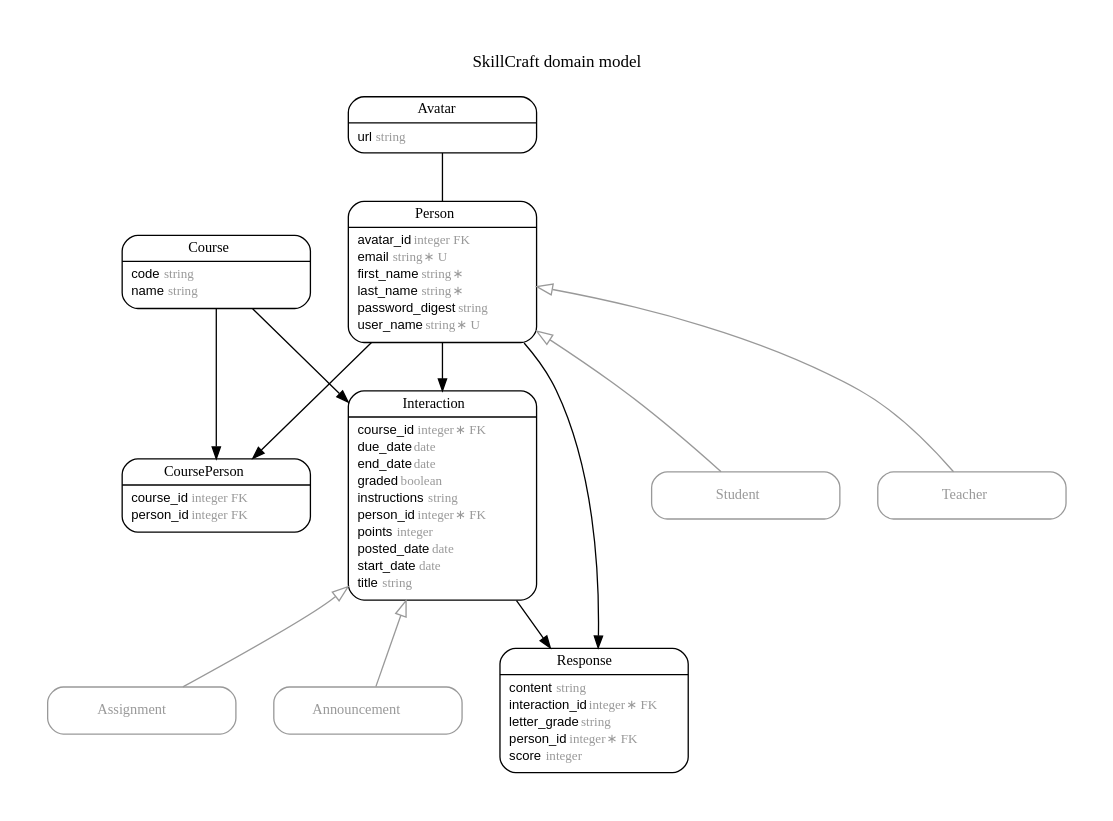
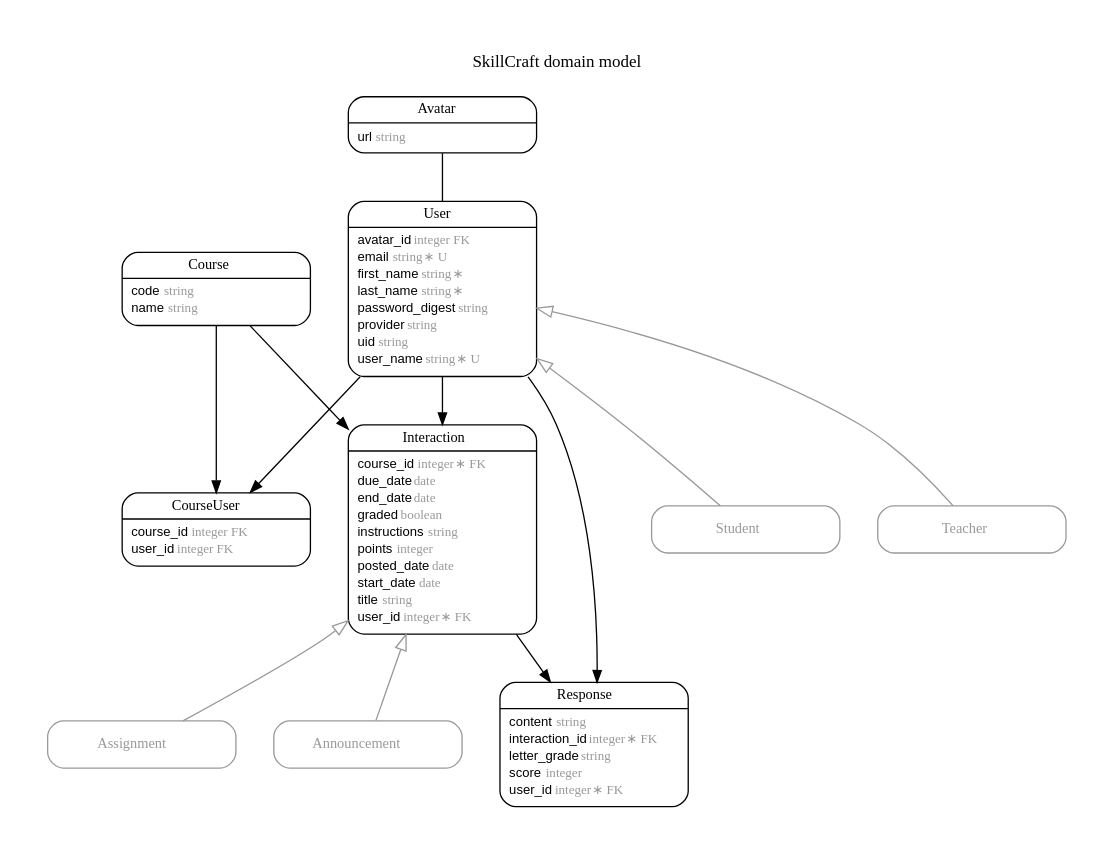
Before and after one commit to FergusDevelopmentLLC/skillcraft: the diagram in erd.dot, drawn with Graphviz. The commit also changed 66 other files, not shown here.

Commit message:
replace person with user

```diff
--- a/erd.dot
+++ b/erd.dot
@@ -1,111 +1,113 @@
 digraph SkillCraft {
 rankdir = "LR";
 ranksep = "0.5";
 nodesep = "0.4";
 pad = "0.4,0.4";
 margin = "0,0";
 concentrate = "true";
 labelloc = "t";
 fontsize = "13";
 fontname = "Arial Bold";
 splines = "spline";
 node[ shape  =  "Mrecord" , fontsize  =  "10" , fontname  =  "Arial" , margin  =  "0.07,0.05" , penwidth  =  "1.0"];
 edge[ fontname  =  "Arial" , fontsize  =  "7" , dir  =  "both" , arrowsize  =  "0.9" , penwidth  =  "1.0" , labelangle  =  "32" , labeldistance  =  "1.8"];
 rankdir = "TB";
 label = "SkillCraft domain model\n\n";
 m_Announcement [color = "grey60", fontcolor = "grey60", label = <{<table border="0" align="center" cellspacing="0.5" cellpadding="0" width="134">
   <tr><td align="center" valign="bottom" width="130"><font face="Arial Bold" point-size="11">Announcement</font></td></tr>
 </table>
 }>];
 m_Assignment [color = "grey60", fontcolor = "grey60", label = <{<table border="0" align="center" cellspacing="0.5" cellpadding="0" width="134">
   <tr><td align="center" valign="bottom" width="130"><font face="Arial Bold" point-size="11">Assignment</font></td></tr>
 </table>
 }>];
 m_Avatar [label = <{<table border="0" align="center" cellspacing="0.5" cellpadding="0" width="134">
   <tr><td align="center" valign="bottom" width="130"><font face="Arial Bold" point-size="11">Avatar</font></td></tr>
 </table>
 |
 <table border="0" align="left" cellspacing="2" cellpadding="0" width="134">
   <tr><td align="left" width="130" port="url">url <font face="Arial Italic" color="grey60">string</font></td></tr>
 </table>
 }>];
 m_Course [label = <{<table border="0" align="center" cellspacing="0.5" cellpadding="0" width="134">
   <tr><td align="center" valign="bottom" width="130"><font face="Arial Bold" point-size="11">Course</font></td></tr>
 </table>
 |
 <table border="0" align="left" cellspacing="2" cellpadding="0" width="134">
   <tr><td align="left" width="130" port="code">code <font face="Arial Italic" color="grey60">string</font></td></tr>
   <tr><td align="left" width="130" port="name">name <font face="Arial Italic" color="grey60">string</font></td></tr>
 </table>
 }>];
-m_CoursePerson [label = <{<table border="0" align="center" cellspacing="0.5" cellpadding="0" width="134">
-  <tr><td align="center" valign="bottom" width="130"><font face="Arial Bold" point-size="11">CoursePerson</font></td></tr>
+m_CourseUser [label = <{<table border="0" align="center" cellspacing="0.5" cellpadding="0" width="134">
+  <tr><td align="center" valign="bottom" width="130"><font face="Arial Bold" point-size="11">CourseUser</font></td></tr>
 </table>
 |
 <table border="0" align="left" cellspacing="2" cellpadding="0" width="134">
   <tr><td align="left" width="130" port="course_id">course_id <font face="Arial Italic" color="grey60">integer FK</font></td></tr>
-  <tr><td align="left" width="130" port="person_id">person_id <font face="Arial Italic" color="grey60">integer FK</font></td></tr>
+  <tr><td align="left" width="130" port="user_id">user_id <font face="Arial Italic" color="grey60">integer FK</font></td></tr>
 </table>
 }>];
 m_Interaction [label = <{<table border="0" align="center" cellspacing="0.5" cellpadding="0" width="134">
   <tr><td align="center" valign="bottom" width="130"><font face="Arial Bold" point-size="11">Interaction</font></td></tr>
 </table>
 |
 <table border="0" align="left" cellspacing="2" cellpadding="0" width="134">
   <tr><td align="left" width="130" port="course_id">course_id <font face="Arial Italic" color="grey60">integer ∗ FK</font></td></tr>
   <tr><td align="left" width="130" port="due_date">due_date <font face="Arial Italic" color="grey60">date</font></td></tr>
   <tr><td align="left" width="130" port="end_date">end_date <font face="Arial Italic" color="grey60">date</font></td></tr>
   <tr><td align="left" width="130" port="graded">graded <font face="Arial Italic" color="grey60">boolean</font></td></tr>
   <tr><td align="left" width="130" port="instructions">instructions <font face="Arial Italic" color="grey60">string</font></td></tr>
-  <tr><td align="left" width="130" port="person_id">person_id <font face="Arial Italic" color="grey60">integer ∗ FK</font></td></tr>
   <tr><td align="left" width="130" port="points">points <font face="Arial Italic" color="grey60">integer</font></td></tr>
   <tr><td align="left" width="130" port="posted_date">posted_date <font face="Arial Italic" color="grey60">date</font></td></tr>
   <tr><td align="left" width="130" port="start_date">start_date <font face="Arial Italic" color="grey60">date</font></td></tr>
   <tr><td align="left" width="130" port="title">title <font face="Arial Italic" color="grey60">string</font></td></tr>
-</table>
-}>];
-m_Person [label = <{<table border="0" align="center" cellspacing="0.5" cellpadding="0" width="134">
-  <tr><td align="center" valign="bottom" width="130"><font face="Arial Bold" point-size="11">Person</font></td></tr>
-</table>
-|
-<table border="0" align="left" cellspacing="2" cellpadding="0" width="134">
-  <tr><td align="left" width="130" port="avatar_id">avatar_id <font face="Arial Italic" color="grey60">integer FK</font></td></tr>
-  <tr><td align="left" width="130" port="email">email <font face="Arial Italic" color="grey60">string ∗ U</font></td></tr>
-  <tr><td align="left" width="130" port="first_name">first_name <font face="Arial Italic" color="grey60">string ∗</font></td></tr>
-  <tr><td align="left" width="130" port="last_name">last_name <font face="Arial Italic" color="grey60">string ∗</font></td></tr>
-  <tr><td align="left" width="130" port="password_digest">password_digest <font face="Arial Italic" color="grey60">string</font></td></tr>
-  <tr><td align="left" width="130" port="user_name">user_name <font face="Arial Italic" color="grey60">string ∗ U</font></td></tr>
+  <tr><td align="left" width="130" port="user_id">user_id <font face="Arial Italic" color="grey60">integer ∗ FK</font></td></tr>
 </table>
 }>];
 m_Response [label = <{<table border="0" align="center" cellspacing="0.5" cellpadding="0" width="134">
   <tr><td align="center" valign="bottom" width="130"><font face="Arial Bold" point-size="11">Response</font></td></tr>
 </table>
 |
 <table border="0" align="left" cellspacing="2" cellpadding="0" width="134">
   <tr><td align="left" width="130" port="content">content <font face="Arial Italic" color="grey60">string</font></td></tr>
   <tr><td align="left" width="130" port="interaction_id">interaction_id <font face="Arial Italic" color="grey60">integer ∗ FK</font></td></tr>
   <tr><td align="left" width="130" port="letter_grade">letter_grade <font face="Arial Italic" color="grey60">string</font></td></tr>
-  <tr><td align="left" width="130" port="person_id">person_id <font face="Arial Italic" color="grey60">integer ∗ FK</font></td></tr>
   <tr><td align="left" width="130" port="score">score <font face="Arial Italic" color="grey60">integer</font></td></tr>
+  <tr><td align="left" width="130" port="user_id">user_id <font face="Arial Italic" color="grey60">integer ∗ FK</font></td></tr>
 </table>
 }>];
 m_Student [color = "grey60", fontcolor = "grey60", label = <{<table border="0" align="center" cellspacing="0.5" cellpadding="0" width="134">
   <tr><td align="center" valign="bottom" width="130"><font face="Arial Bold" point-size="11">Student</font></td></tr>
 </table>
 }>];
 m_Teacher [color = "grey60", fontcolor = "grey60", label = <{<table border="0" align="center" cellspacing="0.5" cellpadding="0" width="134">
   <tr><td align="center" valign="bottom" width="130"><font face="Arial Bold" point-size="11">Teacher</font></td></tr>
 </table>
 }>];
+m_User [label = <{<table border="0" align="center" cellspacing="0.5" cellpadding="0" width="134">
+  <tr><td align="center" valign="bottom" width="130"><font face="Arial Bold" point-size="11">User</font></td></tr>
+</table>
+|
+<table border="0" align="left" cellspacing="2" cellpadding="0" width="134">
+  <tr><td align="left" width="130" port="avatar_id">avatar_id <font face="Arial Italic" color="grey60">integer FK</font></td></tr>
+  <tr><td align="left" width="130" port="email">email <font face="Arial Italic" color="grey60">string ∗ U</font></td></tr>
+  <tr><td align="left" width="130" port="first_name">first_name <font face="Arial Italic" color="grey60">string ∗</font></td></tr>
+  <tr><td align="left" width="130" port="last_name">last_name <font face="Arial Italic" color="grey60">string ∗</font></td></tr>
+  <tr><td align="left" width="130" port="password_digest">password_digest <font face="Arial Italic" color="grey60">string</font></td></tr>
+  <tr><td align="left" width="130" port="provider">provider <font face="Arial Italic" color="grey60">string</font></td></tr>
+  <tr><td align="left" width="130" port="uid">uid <font face="Arial Italic" color="grey60">string</font></td></tr>
+  <tr><td align="left" width="130" port="user_name">user_name <font face="Arial Italic" color="grey60">string ∗ U</font></td></tr>
+</table>
+}>];
   m_Interaction -> m_Announcement [color = "grey60", arrowtail = "onormal", arrowhead = "none", arrowsize = "1.2"];
   m_Interaction -> m_Assignment [color = "grey60", arrowtail = "onormal", arrowhead = "none", arrowsize = "1.2"];
-  m_Person -> m_Student [color = "grey60", arrowtail = "onormal", arrowhead = "none", arrowsize = "1.2"];
-  m_Person -> m_Teacher [color = "grey60", arrowtail = "onormal", arrowhead = "none", arrowsize = "1.2"];
-  m_Person -> m_Response [arrowhead = "normal", arrowtail = "none", weight = "4"];
-  m_Person -> m_Interaction [arrowhead = "normal", arrowtail = "none", weight = "6"];
-  m_Person -> m_CoursePerson [arrowhead = "normal", arrowtail = "none", weight = "4"];
-  m_Avatar -> m_Person [arrowhead = "none", arrowtail = "none", weight = "4"];
+  m_User -> m_Student [color = "grey60", arrowtail = "onormal", arrowhead = "none", arrowsize = "1.2"];
+  m_User -> m_Teacher [color = "grey60", arrowtail = "onormal", arrowhead = "none", arrowsize = "1.2"];
+  m_User -> m_Response [arrowhead = "normal", arrowtail = "none", weight = "4"];
+  m_User -> m_Interaction [arrowhead = "normal", arrowtail = "none", weight = "6"];
+  m_User -> m_CourseUser [arrowhead = "normal", arrowtail = "none", weight = "4"];
+  m_Avatar -> m_User [arrowhead = "none", arrowtail = "none", weight = "4"];
   m_Course -> m_Interaction [arrowhead = "normal", arrowtail = "none", weight = "4"];
   m_Interaction -> m_Response [arrowhead = "normal", arrowtail = "none", weight = "4"];
-  m_Course -> m_CoursePerson [arrowhead = "normal", arrowtail = "none", weight = "2"];
+  m_Course -> m_CourseUser [arrowhead = "normal", arrowtail = "none", weight = "2"];
 }
```
